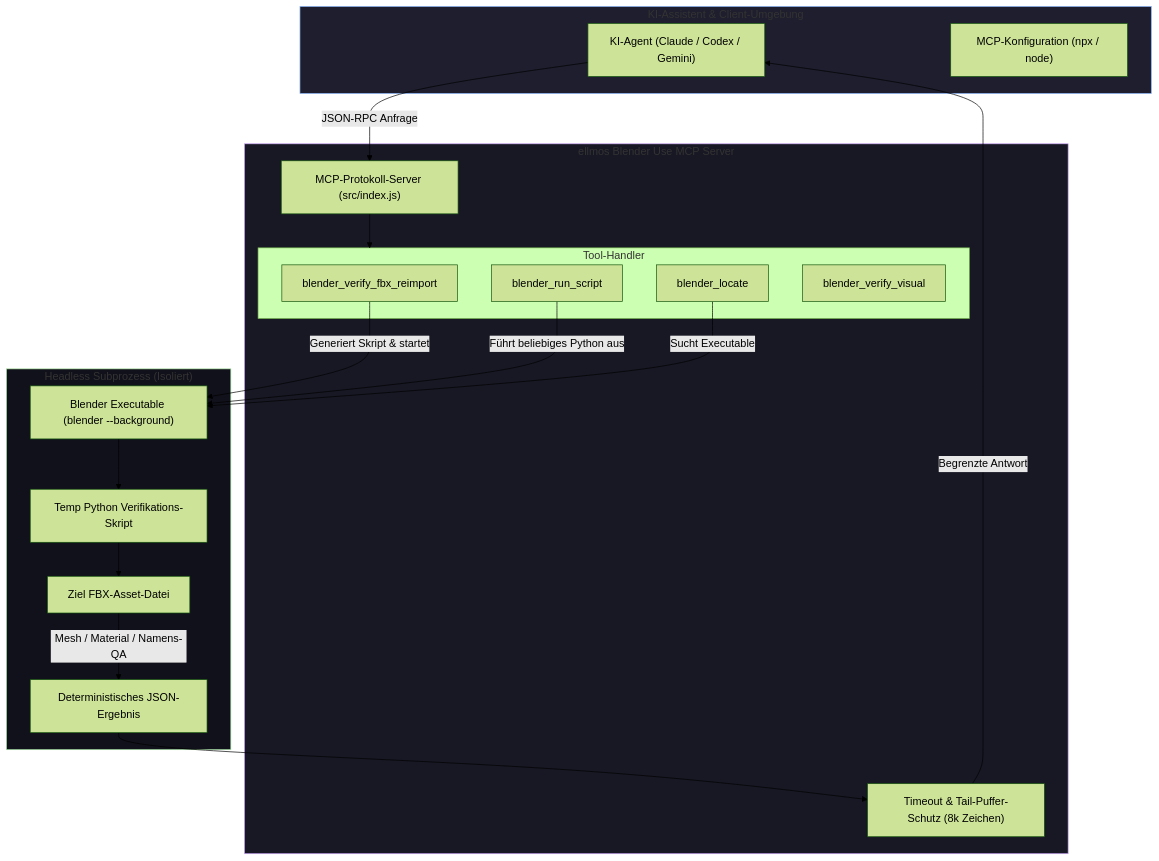
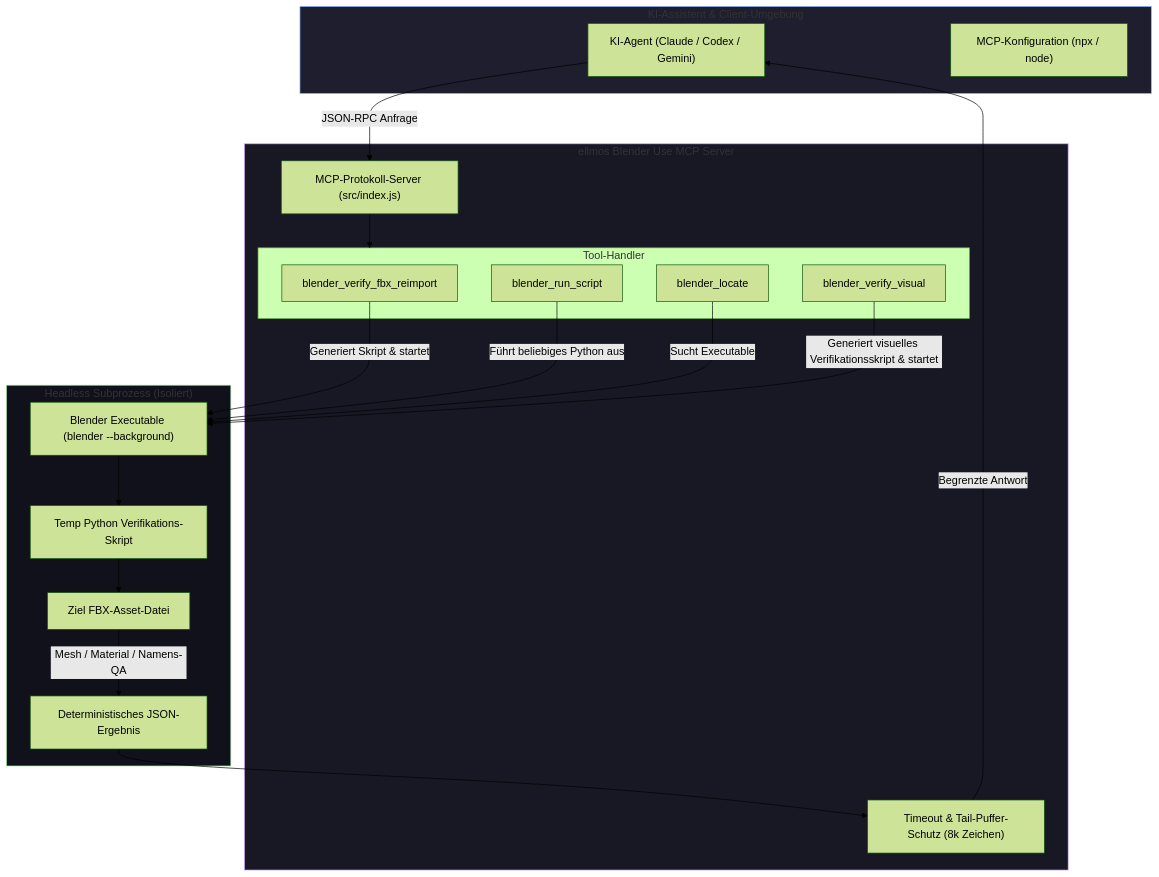
One commit to ellmos-ai/ellmos-blender-use-mcp changed the first of 2 diagrams in README_de.md. Above: the diagram before and after it, drawn with Mermaid (forest theme). The commit also changed other lines of this file and 8 other files, not shown here.

````diff
--- a/README_de.md
+++ b/README_de.md
@@ -43,40 +43,41 @@
 ```mermaid
 graph TD
     subgraph Client ["KI-Assistent & Client-Umgebung"]
         AI["KI-Agent (Claude / Codex / Gemini)"]
         Config["MCP-Konfiguration (npx / node)"]
     end
 
     subgraph Server ["ellmos Blender Use MCP Server"]
         MCP["MCP-Protokoll-Server (src/index.js)"]
         subgraph Tools ["Tool-Handler"]
             T1["blender_verify_fbx_reimport"]
             T2["blender_run_script"]
             T3["blender_locate"]
             T4["blender_verify_visual"]
         end
         Safety["Timeout & Tail-Puffer-Schutz (8k Zeichen)"]
     end
 
     subgraph Subprocess ["Headless Subprozess (Isoliert)"]
         Exe["Blender Executable (blender --background)"]
         Python["Temp Python Verifikations-Skript"]
         FBX["Ziel FBX-Asset-Datei"]
         JSONOut["Deterministisches JSON-Ergebnis"]
     end
 
     AI -->|JSON-RPC Anfrage| MCP
     MCP --> Tools
     T1 -->|Generiert Skript & startet| Exe
     T2 -->|Führt beliebiges Python aus| Exe
     T3 -->|Sucht Executable| Exe
+    T4 -->|Generiert visuelles Verifikationsskript & startet| Exe
     Exe --> Python
     Python --> FBX
     FBX -->|Mesh / Material / Namens-QA| JSONOut
     JSONOut --> Safety
     Safety -->|Begrenzte Antwort| AI
 
     style Client fill:#1e1e2e,stroke:#89b4fa,stroke-width:1px
     style Server fill:#181825,stroke:#cba6f7,stroke-width:1px
     style Subprocess fill:#11111b,stroke:#a6e3a1,stroke-width:1px
 ```
````
